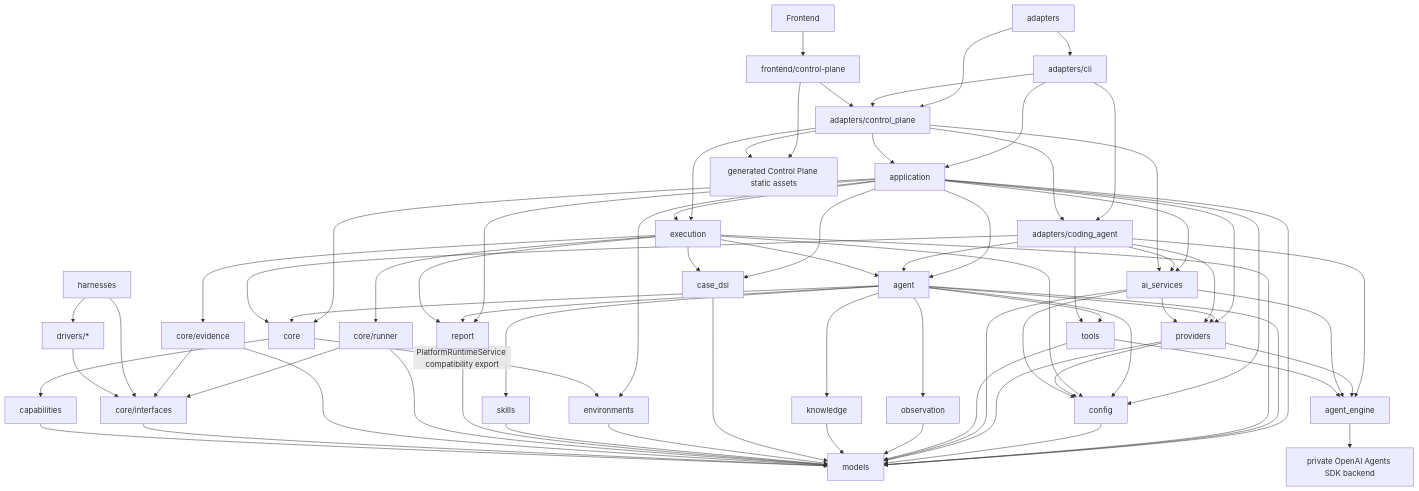
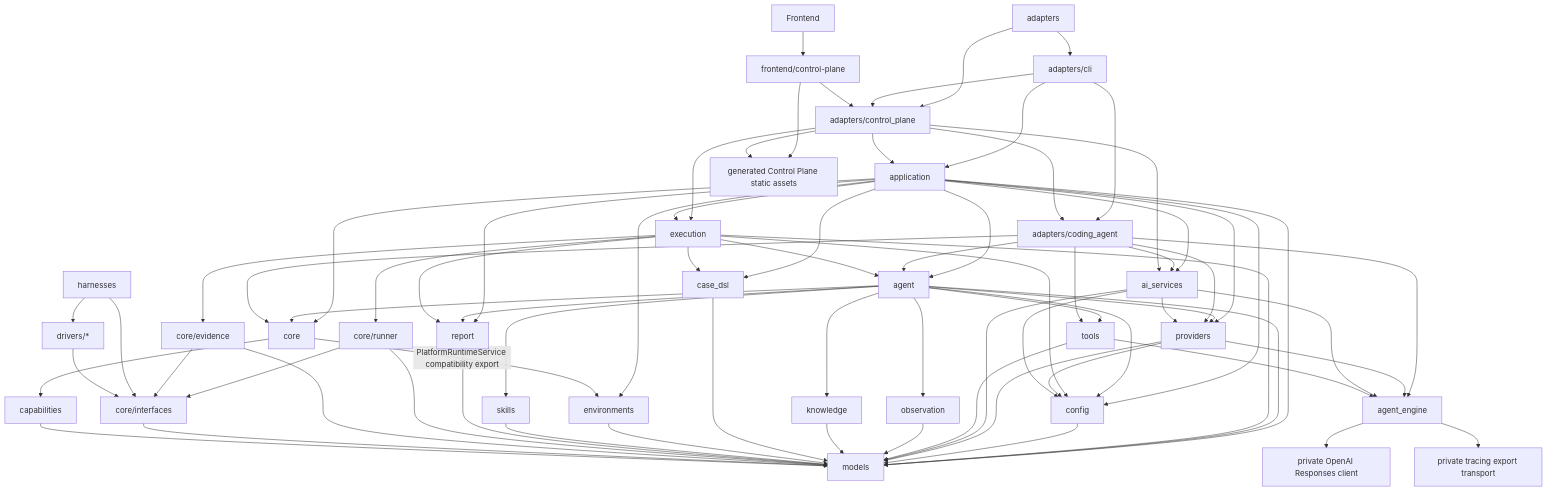
One commit to microsoft/FSQ changed the diagram in SPEC.md. Above: the diagram before and after it, drawn with Mermaid. The commit also changed other lines of this file and 17 other files, not shown here.

Commit message:
Remove OpenAI Agents SDK dependency

````diff
--- a/SPEC.md
+++ b/SPEC.md
@@ -187,76 +191,77 @@
 ```mermaid
 flowchart TD
     Adapters[adapters] --> CLI[adapters/cli]
     Adapters --> ControlPlane[adapters/control_plane]
     CLI --> Application[application]
     CLI --> ControlPlane
     ControlPlane --> Application
     ControlPlane --> Execution[execution]
     CLI --> CodingAgent[adapters/coding_agent]
     ControlPlane --> CodingAgent
     Application --> Agent[agent]
     Application --> Execution
     Application --> Core[core]
     Application --> CaseDSL[case_dsl]
     Application --> Environments[environments]
     Application --> Config[config]
     Application --> Providers[providers]
     Application --> AIServices[ai_services]
     Application --> Models[models]
     Application --> Report[report]
     Agent --> Core[core]
     Agent --> Config[config]
     Agent --> Providers[providers]
     Agent --> Models[models]
     Agent --> Tools[tools]
     Agent --> Observation[observation]
     Agent --> Knowledge[knowledge]
     Agent --> Skills[skills]
     Agent --> Report[report]
     CodingAgent --> Agent
     CodingAgent --> Providers
     CodingAgent --> AIServices
     CodingAgent --> AgentEngine[agent_engine]
     CodingAgent --> Core
     CodingAgent --> Tools
     Execution --> Agent
     Execution --> CoreRunner[core/runner]
     Execution --> CoreEvidence[core/evidence]
     Execution --> CaseDSL
     Execution --> Config
     Execution --> Models
     Execution --> Report
     Config --> Models
     Providers --> Config
     Providers --> Models
     Providers --> AgentEngine
     AIServices --> Providers
     AIServices --> Config
     AIServices --> Models
     AIServices --> AgentEngine
-    AgentEngine --> SDK[private OpenAI Agents SDK backend]
+    AgentEngine --> OpenAI[private OpenAI Responses client]
+    AgentEngine --> HTTPX[private tracing export transport]
     Tools --> Models
     Tools --> AgentEngine
     ControlPlane --> AIServices
     Observation --> Models
     Knowledge --> Models
     CaseDSL --> Models
     Environments --> Models
     Skills --> Models
     Report --> Models
     CoreRunner --> CoreInterfaces[core/interfaces]
     CoreEvidence --> CoreInterfaces
     CoreRunner --> Models
     CoreEvidence --> Models
     CoreInterfaces --> Models
     Harnesses[harnesses] --> CoreInterfaces
     Harnesses --> Drivers[drivers/*]
     Drivers --> CoreInterfaces
     Capabilities[capabilities] --> Models
     Core --> Capabilities
     Core -->|PlatformRuntimeService compatibility export| Environments
     Frontend --> FrontendControlPlane[frontend/control-plane]
     FrontendControlPlane --> ControlPlane
     FrontendControlPlane --> ControlPlaneStatic[generated Control Plane static assets]
     ControlPlane --> ControlPlaneStatic
 ```
````
